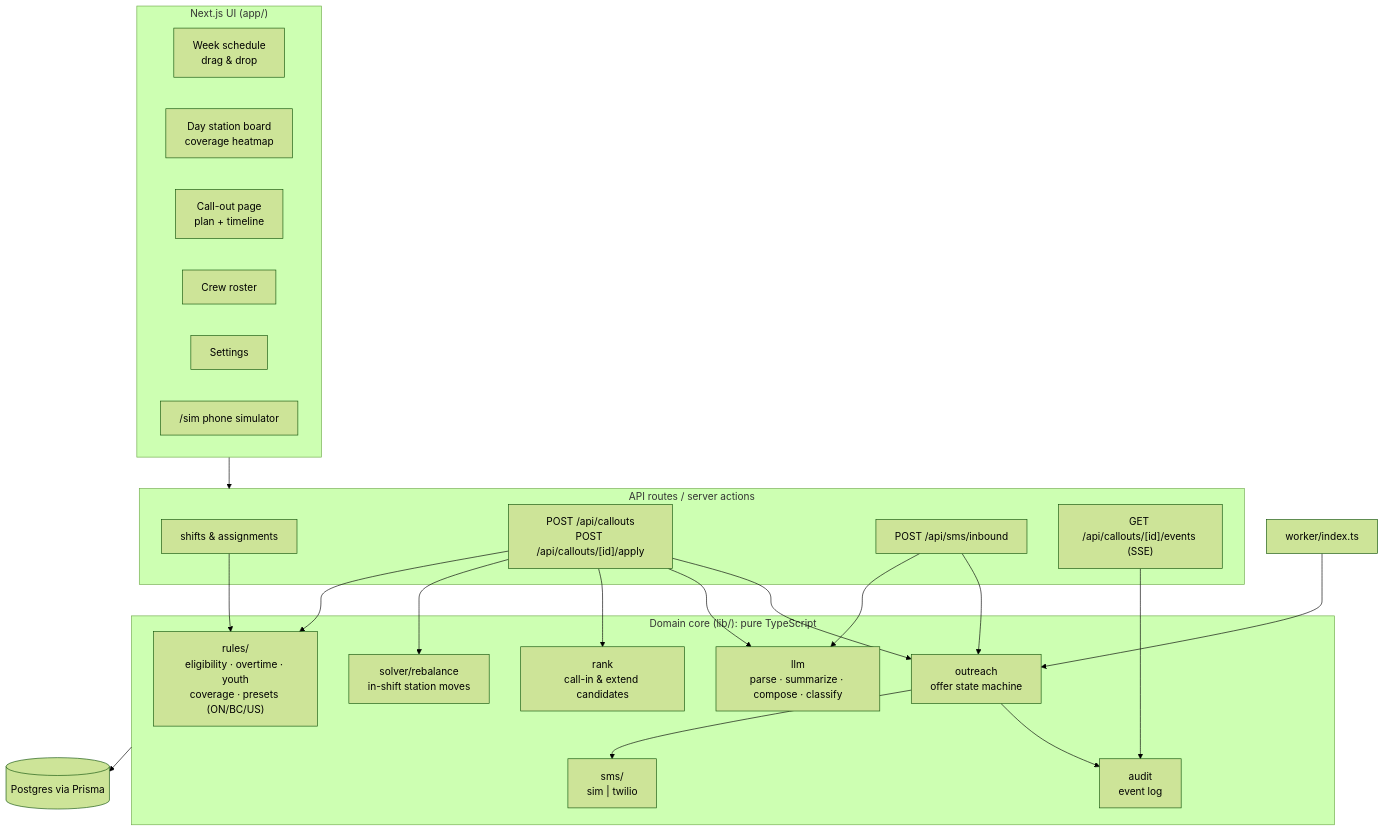
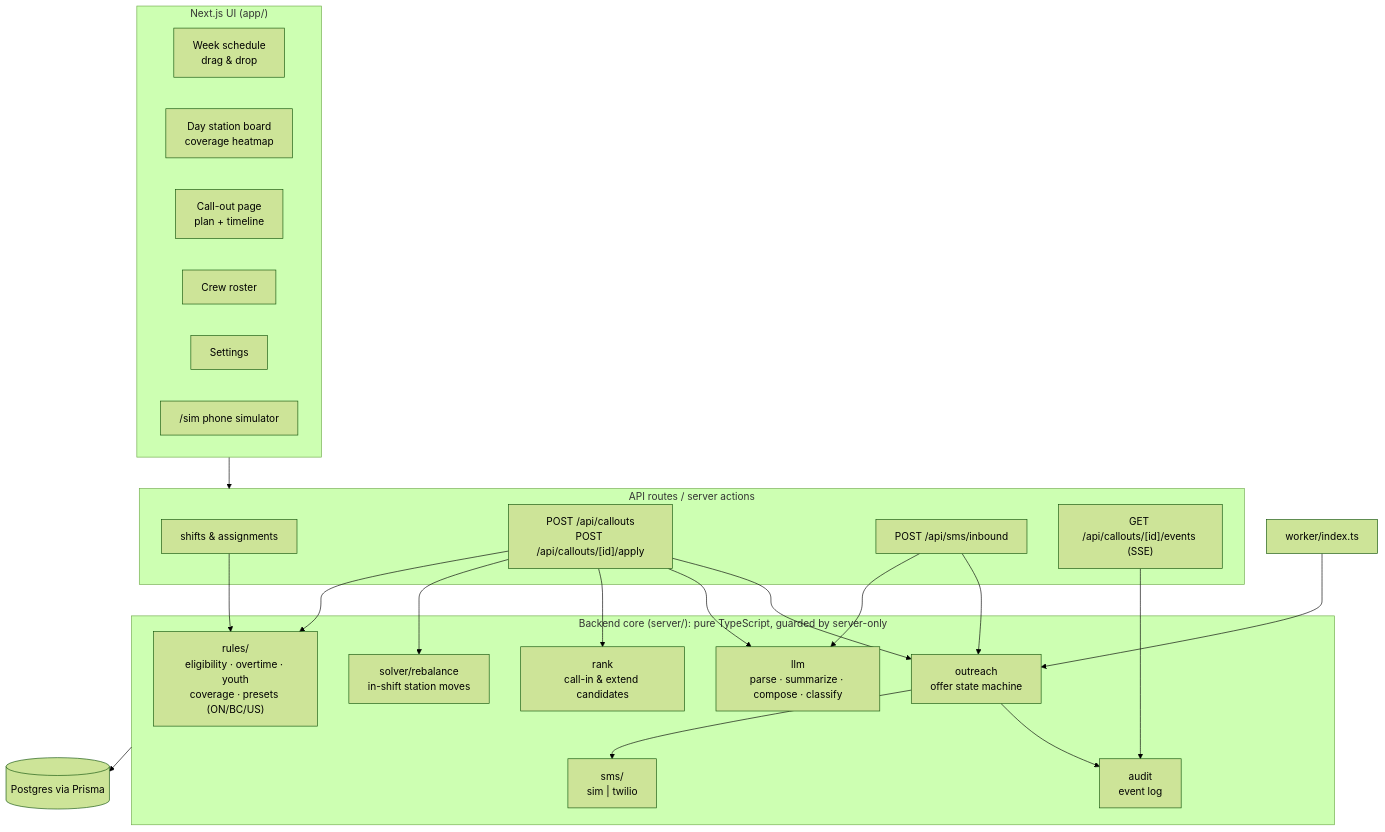
Before and after one commit to DonCastillo/Vultr-Hackathon: the third of 6 diagrams in plan/architecture.md, drawn with Mermaid (forest theme). The commit also changed other lines of this file and 23 other files, not shown here.

````diff
--- a/plan/architecture.md
+++ b/plan/architecture.md
@@ -79,40 +79,40 @@
 ```mermaid
 flowchart TB
     subgraph UI["Next.js UI (app/)"]
         Week["Week schedule<br/>drag & drop"]
         Day["Day station board<br/>coverage heatmap"]
         CallOutPage["Call-out page<br/>plan + timeline"]
         Roster["Crew roster"]
         Settings["Settings"]
         Sim["/sim phone simulator"]
     end
 
     subgraph API["API routes / server actions"]
         ShiftsAPI["shifts & assignments"]
         CallOutsAPI["POST /api/callouts<br/>POST /api/callouts/[id]/apply"]
         Inbound["POST /api/sms/inbound"]
         Events["GET /api/callouts/[id]/events (SSE)"]
     end
 
-    subgraph Domain["Domain core (lib/): pure TypeScript"]
+    subgraph Domain["Backend core (server/): pure TypeScript, guarded by server-only"]
         Rules["rules/<br/>eligibility · overtime · youth<br/>coverage · presets (ON/BC/US)"]
         Solver["solver/rebalance<br/>in-shift station moves"]
         Rank["rank<br/>call-in & extend candidates"]
         Outreach["outreach<br/>offer state machine"]
         LLMlib["llm<br/>parse · summarize · compose · classify"]
         SMS["sms/<br/>sim | twilio"]
         Audit["audit<br/>event log"]
     end
 
     DB[("Postgres via Prisma")]
     WorkerProc["worker/index.ts"]
 
     UI --> API
     ShiftsAPI --> Rules
     CallOutsAPI --> Rules & Solver & Rank & LLMlib & Outreach
     Inbound --> LLMlib & Outreach
     Outreach --> SMS & Audit
     WorkerProc --> Outreach
     Domain --> DB
     Events --> Audit
 ```
````
